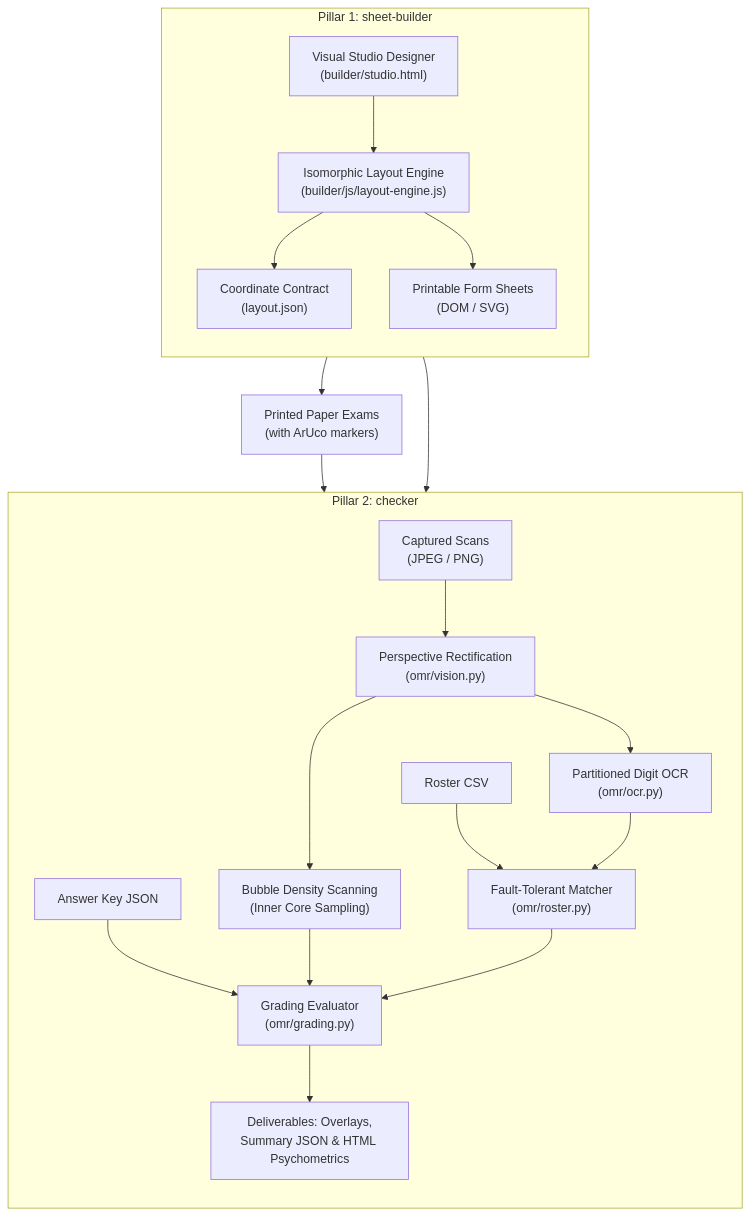
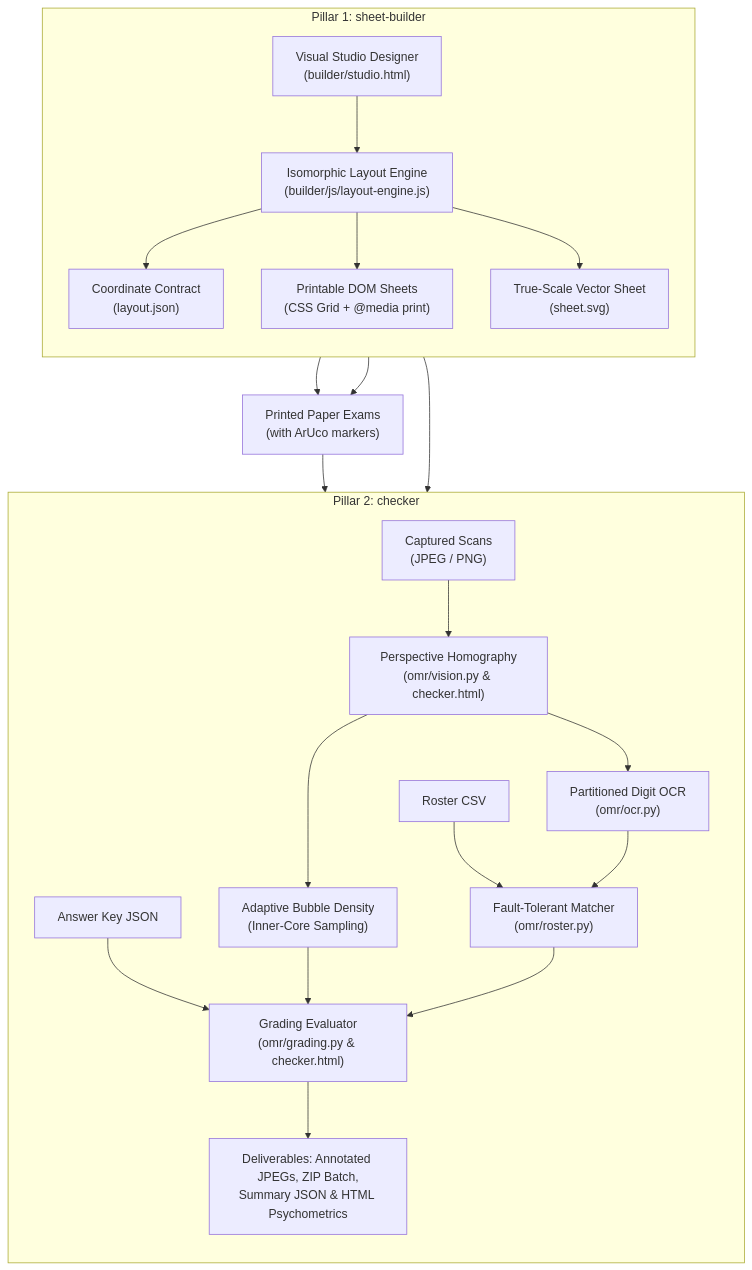
One commit to philsumabat/instructor-essentials changed the first of 4 diagrams in DECISIONS.md. Above: the diagram before and after it, drawn with Mermaid. The commit also changed other lines of this file and 1 other file, not shown here.

````diff
--- a/DECISIONS.md
+++ b/DECISIONS.md
@@ -17,26 +16,28 @@
 ```mermaid
 flowchart TD
     subgraph SB["Pillar 1: sheet-builder"]
         direction TB
         DESIGN["Visual Studio Designer<br/>(builder/studio.html)"] --> ENG["Isomorphic Layout Engine<br/>(builder/js/layout-engine.js)"]
         ENG --> CONTRACT["Coordinate Contract<br/>(layout.json)"]
-        ENG --> PRINT_OUT["Printable Form Sheets<br/>(DOM / SVG)"]
+        ENG --> PRINT_DOM["Printable DOM Sheets<br/>(CSS Grid + @media print)"]
+        ENG --> PRINT_SVG["True-Scale Vector Sheet<br/>(sheet.svg)"]
     end
 
-    PRINT_OUT --> PAPER["Printed Paper Exams<br/>(with ArUco markers)"]
+    PRINT_DOM --> PAPER["Printed Paper Exams<br/>(with ArUco markers)"]
+    PRINT_SVG --> PAPER
     PAPER --> CAPTURE["Captured Scans<br/>(JPEG / PNG)"]
 
     subgraph CHK["Pillar 2: checker"]
         direction TB
-        CAPTURE --> RECT["Perspective Rectification<br/>(omr/vision.py)"]
-        CONTRACT --> RECT
-        RECT --> BUBBLE["Bubble Density Scanning<br/>(Inner Core Sampling)"]
-        RECT --> OCR_ID["Partitioned Digit OCR<br/>(omr/ocr.py)"]
+        CAPTURE --> WARP["Perspective Homography<br/>(omr/vision.py & checker.html)"]
+        CONTRACT --> WARP
+        WARP --> BUBBLE["Adaptive Bubble Density<br/>(Inner-Core Sampling)"]
+        WARP --> OCR_ID["Partitioned Digit OCR<br/>(omr/ocr.py)"]
         ROSTER_CSV["Roster CSV"] --> ROSTER_MATCH["Fault-Tolerant Matcher<br/>(omr/roster.py)"]
         OCR_ID --> ROSTER_MATCH
-        ANSWER_KEY["Answer Key JSON"] --> EVAL["Grading Evaluator<br/>(omr/grading.py)"]
+        ANSWER_KEY["Answer Key JSON"] --> EVAL["Grading Evaluator<br/>(omr/grading.py & checker.html)"]
         BUBBLE --> EVAL
         ROSTER_MATCH --> EVAL
-        EVAL --> RESULTS["Deliverables: Overlays,<br/>Summary JSON & HTML Psychometrics"]
+        EVAL --> EXPORT["Deliverables: Annotated JPEGs, ZIP Batch,<br/>Summary JSON & HTML Psychometrics"]
     end
 ```
````
